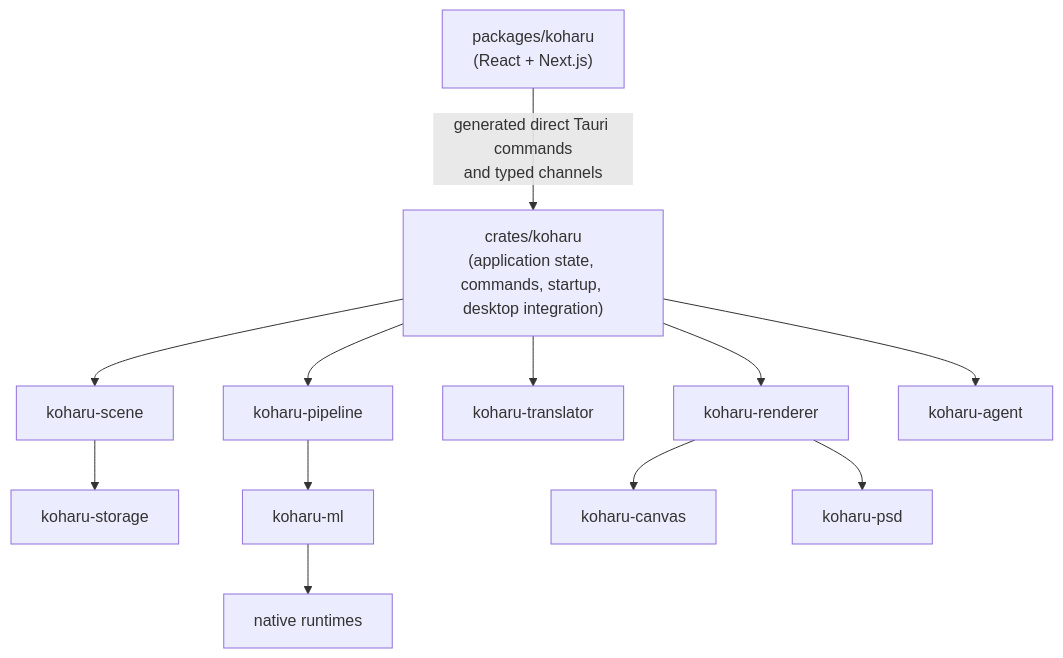
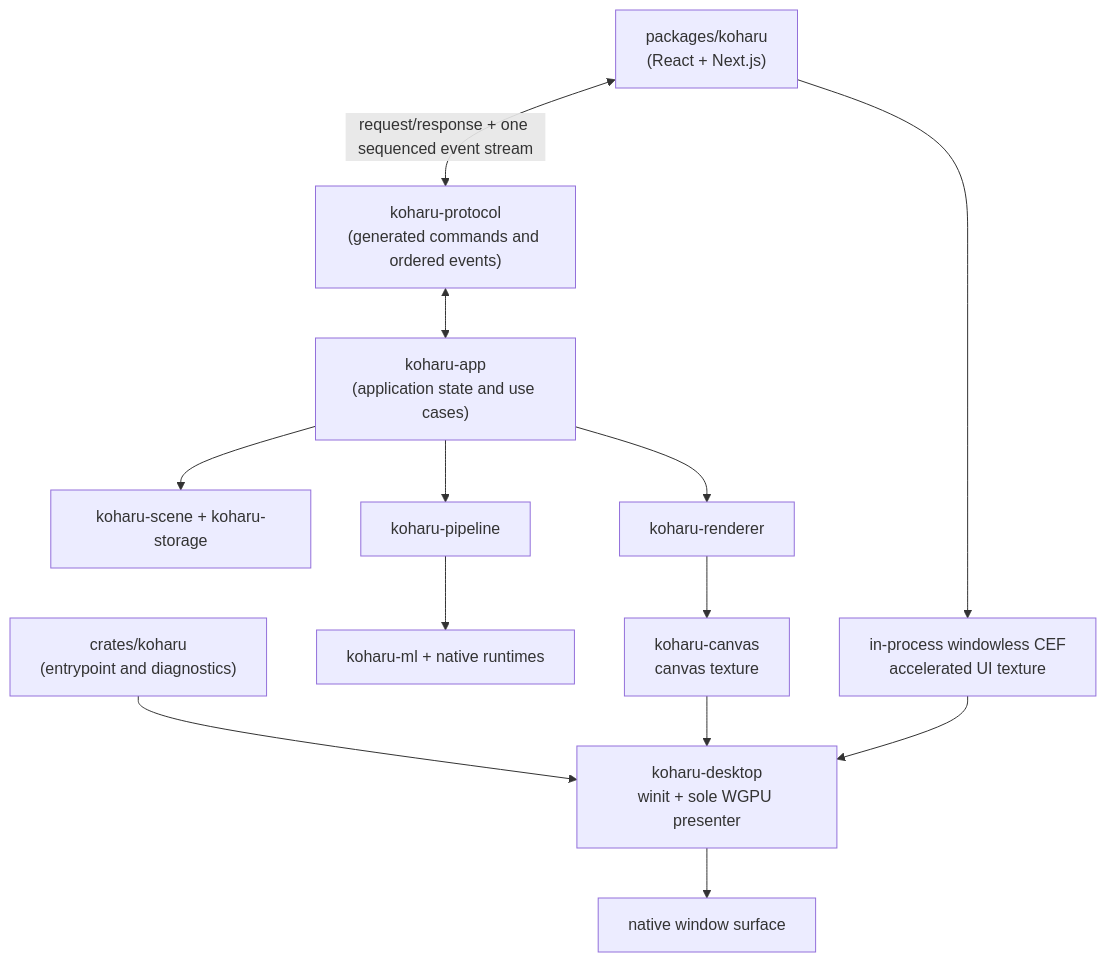
One commit to mayocream/koharu changed the diagram in docs/development/architecture.md. Above: the diagram before and after it, drawn with Mermaid. The commit also changed other lines of this file and 162 other files, not shown here.

Commit message:
refactor: use CEF to replace Tauri

````diff
--- a/docs/development/architecture.md
+++ b/docs/development/architecture.md
@@ -10,24 +10,25 @@
 ```mermaid
 flowchart TB
   frontend["packages/koharu<br/>(React + Next.js)"]
-  app["crates/koharu<br/>(application state, commands, startup, desktop integration)"]
-  scene["koharu-scene"]
-  storage["koharu-storage"]
+  protocol["koharu-protocol<br/>(generated commands and ordered events)"]
+  entry["crates/koharu<br/>(entrypoint and diagnostics)"]
+  app["koharu-app<br/>(application state and use cases)"]
+  scene["koharu-scene + koharu-storage"]
   pipeline["koharu-pipeline"]
-  ml["koharu-ml"]
-  native["native runtimes"]
-  translator["koharu-translator"]
+  ml["koharu-ml + native runtimes"]
   renderer["koharu-renderer"]
-  canvas["koharu-canvas"]
-  psd["koharu-psd"]
-  agent["koharu-agent"]
+  canvas["koharu-canvas<br/>canvas texture"]
+  cef["in-process windowless CEF<br/>accelerated UI texture"]
+  desktop["koharu-desktop<br/>winit + sole WGPU presenter"]
+  surface["native window surface"]
 
-  frontend -->|"generated direct Tauri commands<br/>and typed channels"| app
-  app --> scene --> storage
-  app --> pipeline --> ml --> native
-  app --> translator
-  app --> renderer
-  renderer --> canvas
-  renderer --> psd
-  app --> agent
+  entry --> desktop
+  frontend <-->|"request/response + one sequenced event stream"| protocol
+  protocol <--> app
+  app --> scene
+  app --> pipeline --> ml
+  app --> renderer --> canvas
+  frontend --> cef
+  cef --> desktop
+  canvas --> desktop --> surface
 ```
````
